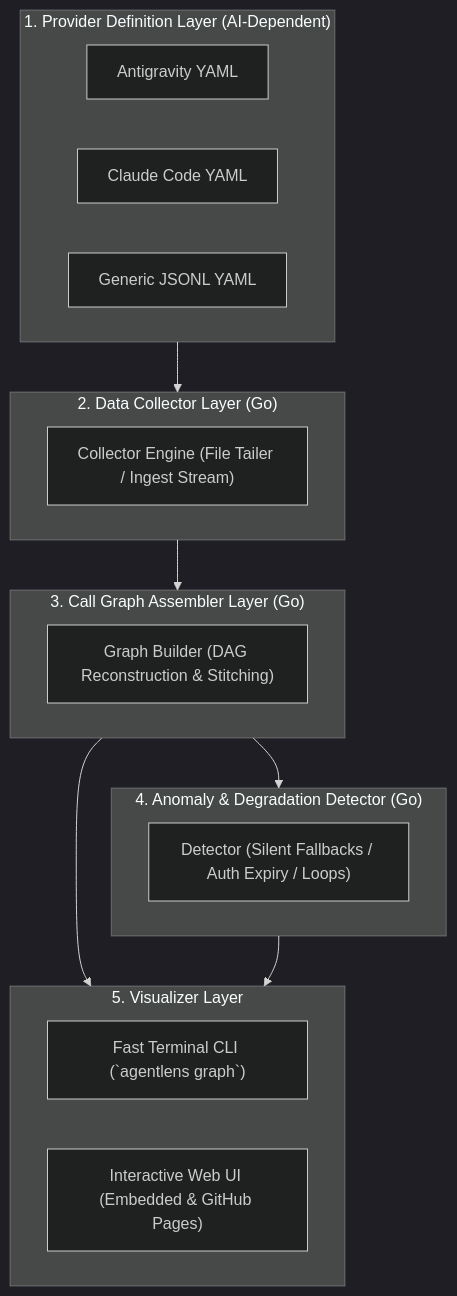
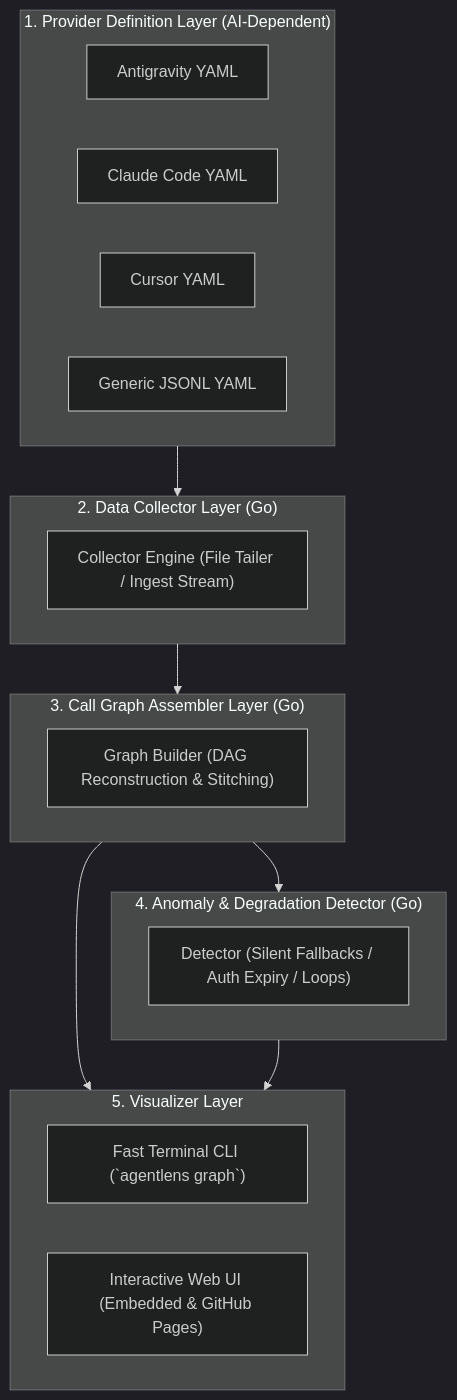
Before and after one commit to tsbkw/agentlens: the diagram in README.md, drawn with Mermaid (dark theme). The commit also changed other lines of this file and 12 other files, not shown here.

First line of the commit message:
docs: describe what is implemented; fill graph depth and tool time metrics

````diff
--- a/README.md
+++ b/README.md
@@ -34,31 +34,32 @@
 ```mermaid
 flowchart TD
     subgraph L1["1. Provider Definition Layer (AI-Dependent)"]
         P1["Antigravity YAML"]
         P2["Claude Code YAML"]
-        P3["Generic JSONL YAML"]
+        P3["Cursor YAML"]
+        P4["Generic JSONL YAML"]
     end
 
     subgraph L2["2. Data Collector Layer (Go)"]
         C["Collector Engine (File Tailer / Ingest Stream)"]
     end
 
     subgraph L3["3. Call Graph Assembler Layer (Go)"]
         GB["Graph Builder (DAG Reconstruction & Stitching)"]
     end
 
     subgraph L4["4. Anomaly & Degradation Detector (Go)"]
         AD["Detector (Silent Fallbacks / Auth Expiry / Loops)"]
     end
 
     subgraph L5["5. Visualizer Layer"]
         CLI["Fast Terminal CLI (`agentlens graph`)"]
         UI["Interactive Web UI (Embedded & GitHub Pages)"]
     end
 
     L1 --> L2
     L2 --> L3
     L3 --> L4
     L3 --> L5
     L4 --> L5
 ```
````
